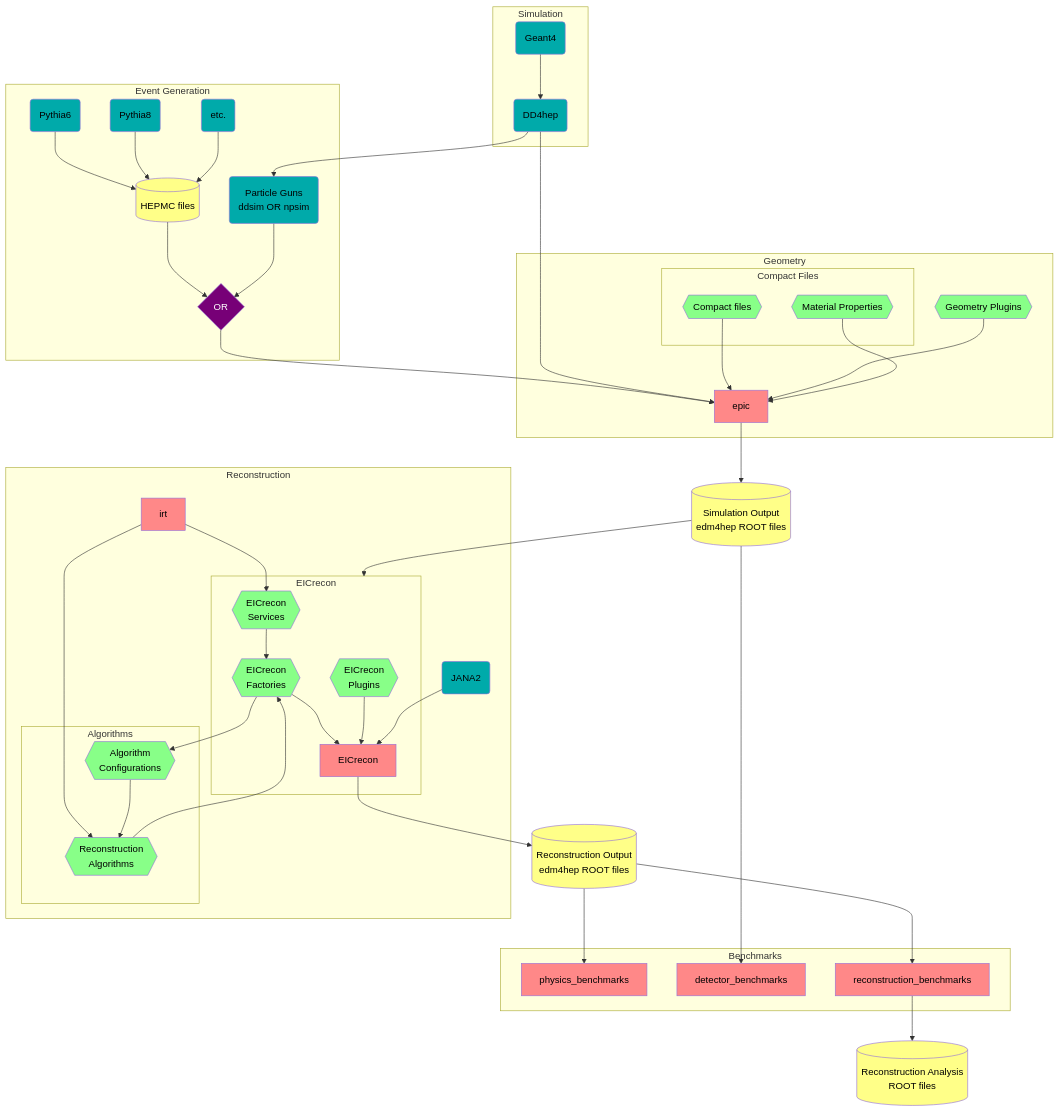
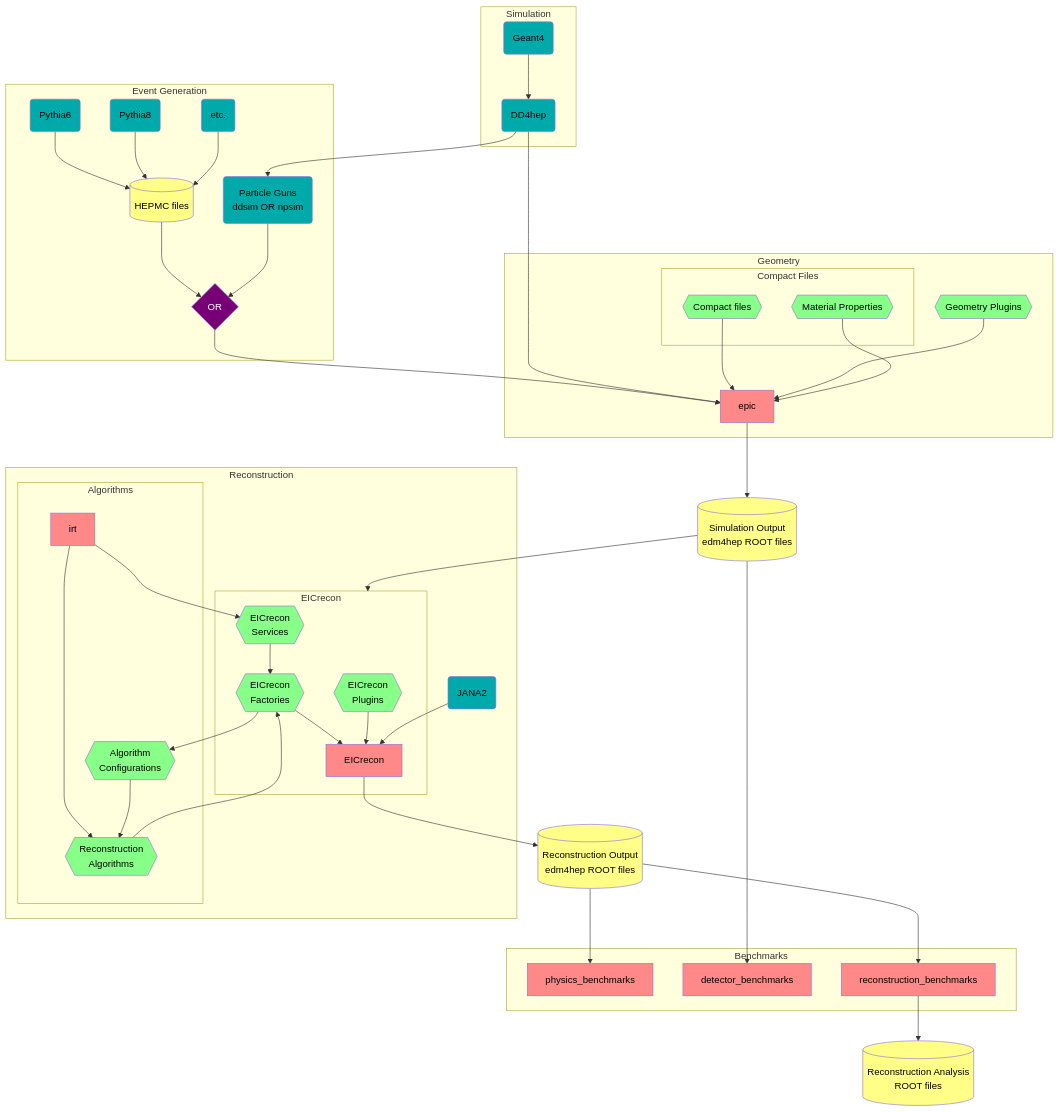
The third of 3 diagrams in README.md (eic/drich-dev), drawn with Mermaid before and after one commit.

Commit message:
modified:   README.md

````diff
--- a/README.md
+++ b/README.md
@@ -228,83 +228,83 @@
 ```mermaid
 flowchart TB
   classDef epic fill:#ff8888,color:black
   classDef dep fill:#00aaaa,color:black
   classDef obj fill:#88ff88,color:black
   classDef data fill:#ffff88,color:black
   classDef op fill:#770077,color:white
 
   subgraph Event Generation
     Pythia6(Pythia6):::dep
     Pythia8(Pythia8):::dep
     OtherGen(etc.):::dep
     Hepmc[(HEPMC files)]:::data
     Gun(Particle Guns<br/>ddsim OR npsim):::dep
     GenOR{OR}:::op
   end
   Pythia6  --> Hepmc
   Pythia8  --> Hepmc
   OtherGen --> Hepmc
   Hepmc    --> GenOR
   Gun      --> GenOR
 
   subgraph Simulation
     DD4hep(DD4hep):::dep
     Geant(Geant4):::dep
   end
   Geant --> DD4hep
 
   subgraph Geometry
     Epic[epic]:::epic
     subgraph Compact Files
       DDCompact{{Compact files}}:::obj
       DDMat{{Material Properties}}:::obj
     end
     DDPlugin{{Geometry Plugins}}:::obj
   end
   SimOut[(Simulation Output<br/>edm4hep ROOT files)]:::data
   DD4hep    --> Gun
   GenOR     --> Epic
   DD4hep    --> Epic
   DDCompact --> Epic
   DDPlugin  --> Epic
   DDMat     --> Epic
   Epic      --> SimOut
 
   subgraph Reconstruction
     JANA(JANA2):::dep
-    IRT[irt]:::epic
     subgraph Algorithms
+      IRT[irt]:::epic
       RecoAlgorithms{{Reconstruction<br/>Algorithms}}:::obj
       RecoAlgorithmConfigs{{Algorithm<br/>Configurations}}:::obj
     end
     subgraph EICrecon
       EICreconPlugins{{EICrecon<br/>Plugins}}:::obj
       EICreconFactories{{EICrecon<br/>Factories}}:::obj
       EICreconServices{{EICrecon<br/>Services}}:::obj
       EICreconRepo[EICrecon]:::epic
     end
   end
   RecOut[(Reconstruction Output<br/>edm4hep ROOT files)]:::data
   SimOut               ---> EICrecon
   IRT                  -->  EICreconServices
   IRT                  -->  RecoAlgorithms
   RecoAlgorithmConfigs -->  RecoAlgorithms
   EICreconServices     -->  EICreconFactories
   RecoAlgorithms       -->  EICreconFactories
   EICreconFactories    -->  RecoAlgorithmConfigs
   EICreconFactories    -->  EICreconRepo
   EICreconPlugins      -->  EICreconRepo
   JANA                 -->  EICreconRepo
   EICreconRepo         -->  RecOut
 
   subgraph Benchmarks
     PhysicsBenchmarks[physics_benchmarks]:::epic
     DetectorBenchmarks[detector_benchmarks]:::epic
     ReconstructionBenchmarks[reconstruction_benchmarks]:::epic
   end
   AnaOut[(Reconstruction Analysis<br/>ROOT files)]:::data
   SimOut --> DetectorBenchmarks
   RecOut --> PhysicsBenchmarks
   RecOut --> ReconstructionBenchmarks --> AnaOut
 
 ```
````
